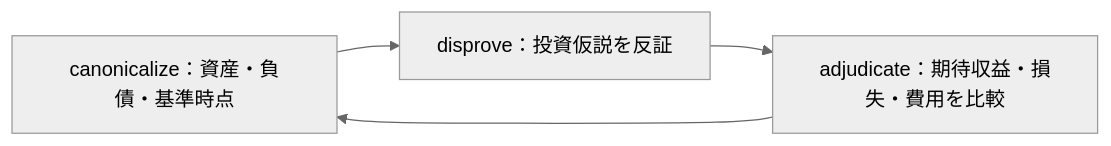
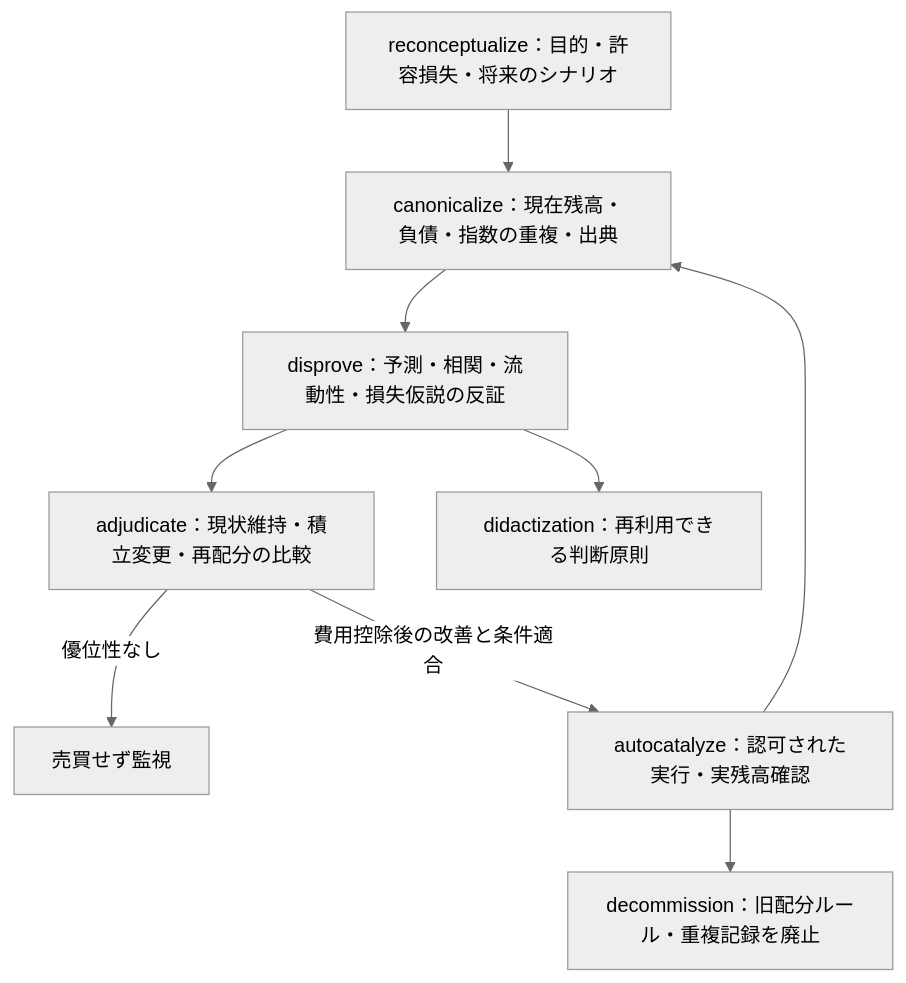
Before and after one commit to KAFKA2306/kafstyler: the second of 4 diagrams in BIBLES.md, drawn with Mermaid (neutral theme). The commit also changed other lines of this file, not shown here.

````diff
--- a/BIBLES.md
+++ b/BIBLES.md
@@ -314,6 +328,11 @@
 ```mermaid
-flowchart LR
-    C["canonicalize：資産・負債・基準時点"] --> D["disprove：投資仮説を反証"]
-    D --> A["adjudicate：期待収益・損失・費用を比較"]
-    A --> C
+flowchart TD
+    R["reconceptualize：目的・許容損失・将来のシナリオ"] --> C["canonicalize：現在残高・負債・指数の重複・出典"]
+    C --> D["disprove：予測・相関・流動性・損失仮説の反証"]
+    D --> A["adjudicate：現状維持・積立変更・再配分の比較"]
+    A -->|"優位性なし"| H["売買せず監視"]
+    A -->|"費用控除後の改善と条件適合"| E["autocatalyze：認可された実行・実残高確認"]
+    E --> C
+    D --> K["didactization：再利用できる判断原則"]
+    E --> X["decommission：旧配分ルール・重複記録を廃止"]
 ```
````
